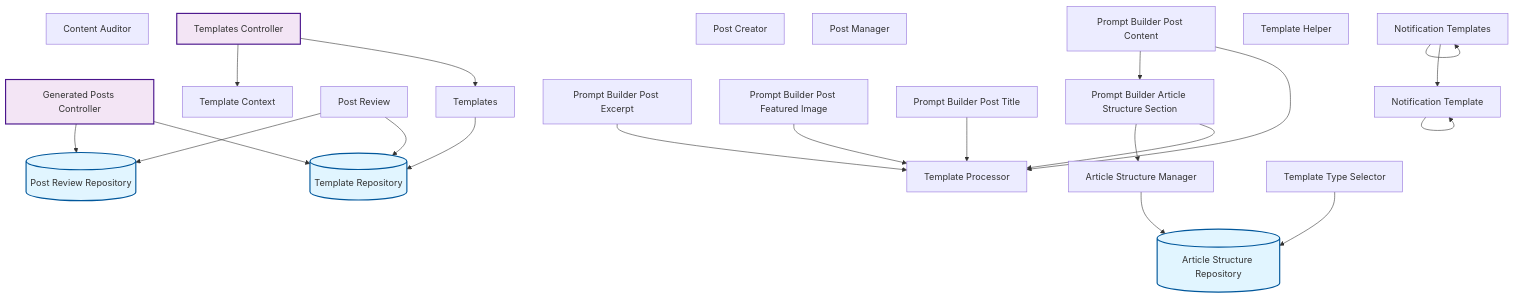
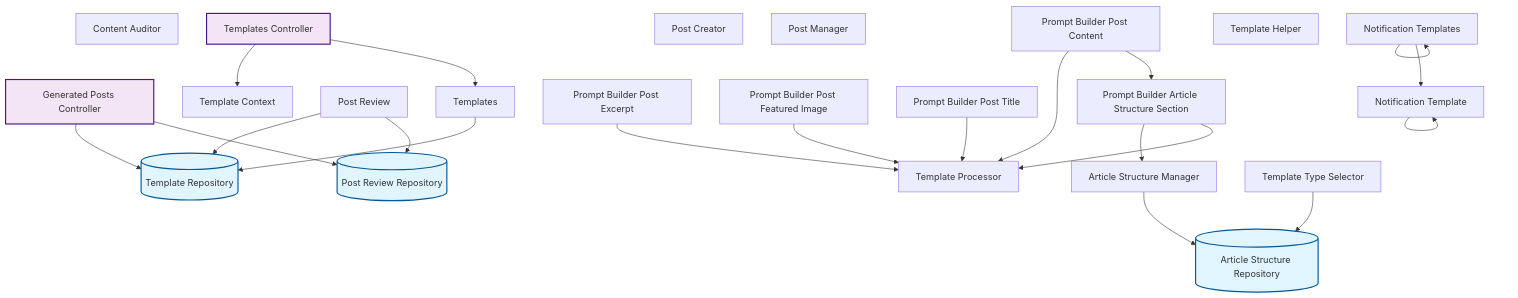
One commit to rpnunez/wp-ai-scheduler changed the fourth of 10 diagrams in docs/feature-report.md. Above: the diagram before and after it, drawn with Mermaid. The commit also changed other lines of this file and 3 other files, not shown here.

````diff
--- a/docs/feature-report.md
+++ b/docs/feature-report.md
@@ -207,53 +207,53 @@
 ```mermaid
 flowchart TD
     %% Content Management Architecture
 
     Article_Structure_Manager["Article Structure Manager"]
     Article_Structure_Repository[("Article Structure Repository")]
     Content_Auditor["Content Auditor"]
     Generated_Posts_Controller["Generated Posts Controller"]
     Notification_Template["Notification Template"]
     Notification_Templates["Notification Templates"]
     Post_Creator["Post Creator"]
     Post_Manager["Post Manager"]
     Post_Review_Repository[("Post Review Repository")]
     Post_Review["Post Review"]
     Prompt_Builder_Article_Structure_Section["Prompt Builder Article Structure Section"]
     Prompt_Builder_Post_Content["Prompt Builder Post Content"]
     Prompt_Builder_Post_Excerpt["Prompt Builder Post Excerpt"]
     Prompt_Builder_Post_Featured_Image["Prompt Builder Post Featured Image"]
     Prompt_Builder_Post_Title["Prompt Builder Post Title"]
     Template_Context["Template Context"]
     Template_Helper["Template Helper"]
     Template_Processor["Template Processor"]
     Template_Repository[("Template Repository")]
     Template_Type_Selector["Template Type Selector"]
     Templates_Controller["Templates Controller"]
     Templates["Templates"]
 
     Article_Structure_Manager --> Article_Structure_Repository
+    Generated_Posts_Controller --> Post_Review_Repository
     Generated_Posts_Controller --> Template_Repository
-    Generated_Posts_Controller --> Post_Review_Repository
     Notification_Template --> Notification_Template
     Notification_Templates --> Notification_Templates
     Notification_Templates --> Notification_Template
+    Post_Review --> Post_Review_Repository
     Post_Review --> Template_Repository
-    Post_Review --> Post_Review_Repository
     Prompt_Builder_Article_Structure_Section --> Template_Processor
     Prompt_Builder_Article_Structure_Section --> Article_Structure_Manager
+    Prompt_Builder_Post_Content --> Prompt_Builder_Article_Structure_Section
     Prompt_Builder_Post_Content --> Template_Processor
-    Prompt_Builder_Post_Content --> Prompt_Builder_Article_Structure_Section
     Prompt_Builder_Post_Excerpt --> Template_Processor
     Prompt_Builder_Post_Featured_Image --> Template_Processor
     Prompt_Builder_Post_Title --> Template_Processor
     Template_Type_Selector --> Article_Structure_Repository
     Templates_Controller --> Templates
     Templates_Controller --> Template_Context
     Templates --> Template_Repository
 
     classDef repository fill:#e1f5ff,stroke:#01579b,stroke-width:2px
     classDef service fill:#fff3e0,stroke:#e65100,stroke-width:2px
     classDef controller fill:#f3e5f5,stroke:#4a148c,stroke-width:2px
     class Article_Structure_Repository,Post_Review_Repository,Template_Repository repository
     class Generated_Posts_Controller,Templates_Controller controller
 ```
````
